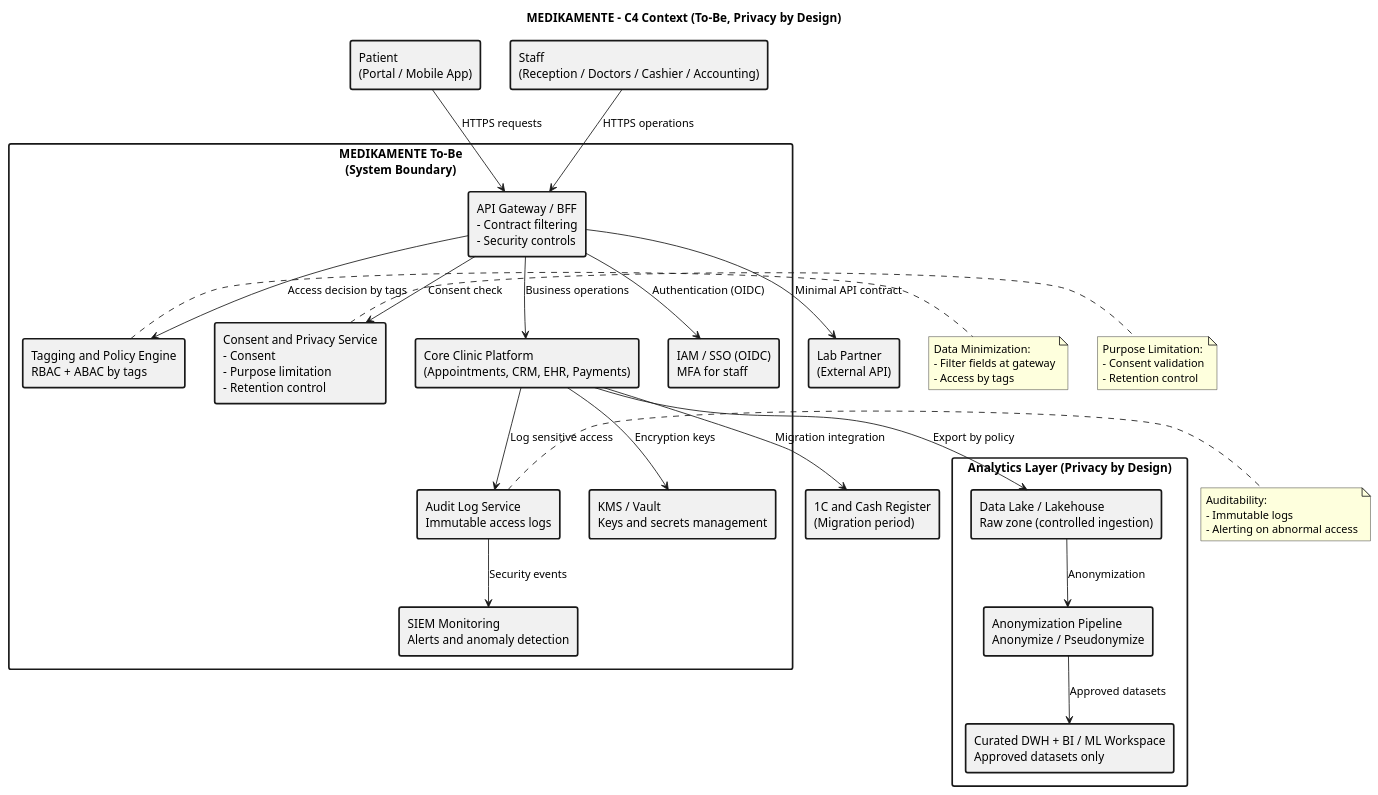
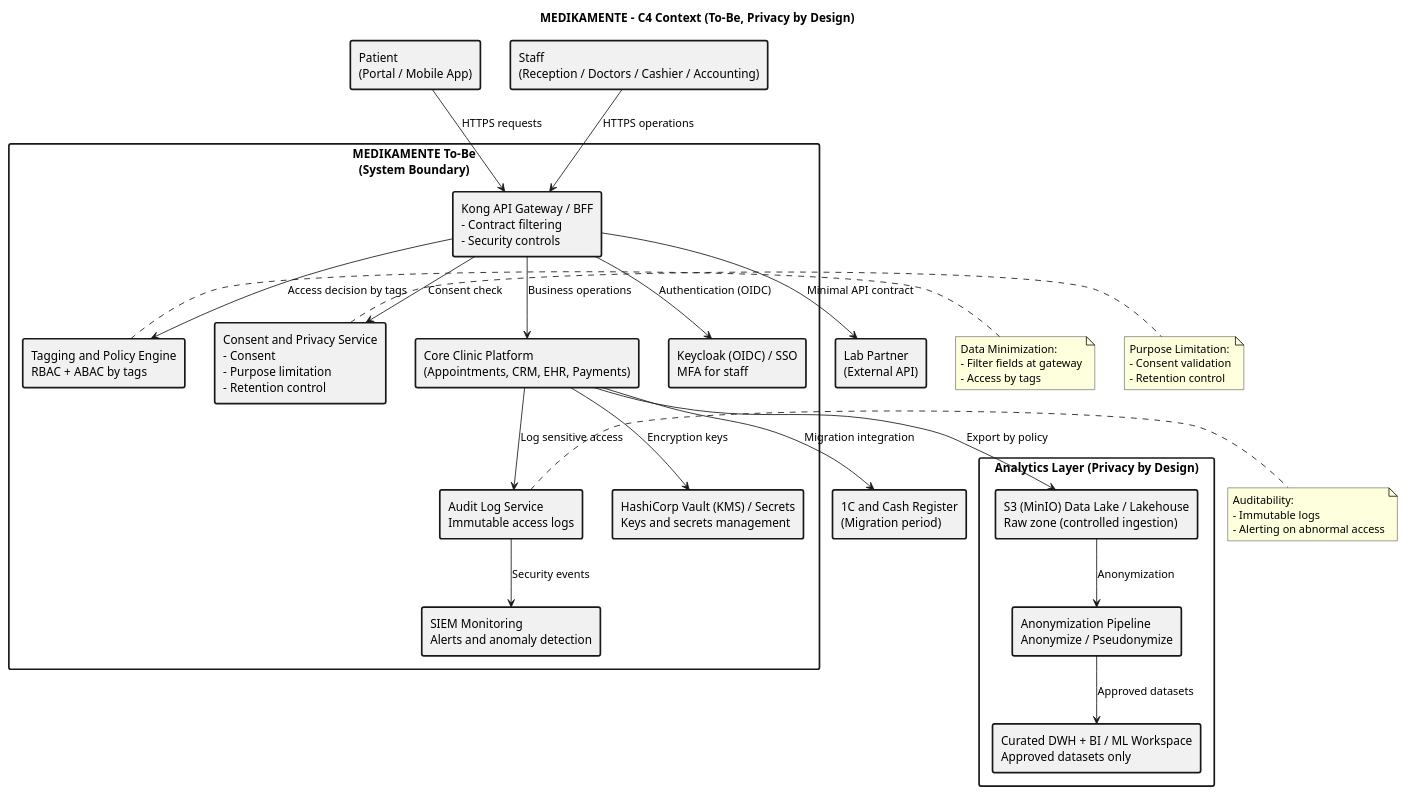
The diagram in task2/C4-Context-ToBe.puml (vasiliy1305/architecture-medikamente), drawn with PlantUML before and after one commit. The commit also changed 1 other file, not shown here.

```diff
--- a/task2/C4-Context-ToBe.puml
+++ b/task2/C4-Context-ToBe.puml
@@ -1,85 +1,84 @@
 @startuml
 title MEDIKAMENTE - C4 Context (To-Be, Privacy by Design)
 
 skinparam rectangle {
   BorderThickness 2
 }
 skinparam packageStyle rectangle
 
 ' --- External Actors ---
 rectangle "Patient\n(Portal / Mobile App)" as Patient
 rectangle "Staff\n(Reception / Doctors / Cashier / Accounting)" as Staff
 rectangle "Lab Partner\n(External API)" as Lab
 rectangle "1C and Cash Register\n(Migration period)" as Legacy
 
 ' --- Main System Boundary ---
 package "MEDIKAMENTE To-Be\n(System Boundary)" {
 
-  rectangle "API Gateway / BFF\n- Contract filtering\n- Security controls" as GW
+  rectangle "Kong API Gateway / BFF\n- Contract filtering\n- Security controls" as GW
 
   rectangle "Core Clinic Platform\n(Appointments, CRM, EHR, Payments)" as Core
 
-  rectangle "IAM / SSO (OIDC)\nMFA for staff" as IAM
+  rectangle "Keycloak (OIDC) / SSO\nMFA for staff" as IAM
 
   rectangle "Consent and Privacy Service\n- Consent\n- Purpose limitation\n- Retention control" as Consent
 
   rectangle "Tagging and Policy Engine\nRBAC + ABAC by tags" as Policy
 
   rectangle "Audit Log Service\nImmutable access logs" as Audit
 
-  rectangle "KMS / Vault\nKeys and secrets management" as KMS
+  rectangle "HashiCorp Vault (KMS) / Secrets\nKeys and secrets management" as KMS
 
   rectangle "SIEM Monitoring\nAlerts and anomaly detection" as SIEM
 }
 
 ' --- Analytics Boundary ---
 package "Analytics Layer (Privacy by Design)" {
 
-  rectangle "Data Lake / Lakehouse\nRaw zone (controlled ingestion)" as Lake
+  rectangle "S3 (MinIO) Data Lake / Lakehouse\nRaw zone (controlled ingestion)" as Lake
 
   rectangle "Anonymization Pipeline\nAnonymize / Pseudonymize" as Anon
 
   rectangle "Curated DWH + BI / ML Workspace\nApproved datasets only" as Curated
 }
 
 ' --- Relationships ---
 Patient --> GW : HTTPS requests
 Staff --> GW : HTTPS operations
 
 GW --> IAM : Authentication (OIDC)
 GW --> Consent : Consent check
 GW --> Policy : Access decision by tags
 GW --> Core : Business operations
 
 Core --> Audit : Log sensitive access
 Audit --> SIEM : Security events
 
 Core --> KMS : Encryption keys
 
 GW --> Lab : Minimal API contract
 Core --> Legacy : Migration integration
 
 Core --> Lake : Export by policy
 Lake --> Anon : Anonymization
 Anon --> Curated : Approved datasets
 
 ' --- Privacy by Design Annotations ---
 note right of Policy
 Data Minimization:
 - Filter fields at gateway
 - Access by tags
 end note
 
 note right of Consent
 Purpose Limitation:
 - Consent validation
 - Retention control
 end note
 
 note right of Audit
 Auditability:
 - Immutable logs
 - Alerting on abnormal access
 end note
-
 @enduml
```
